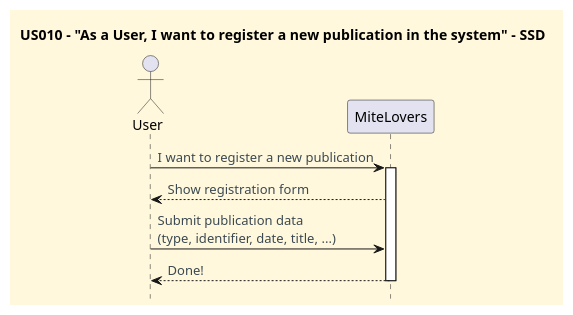
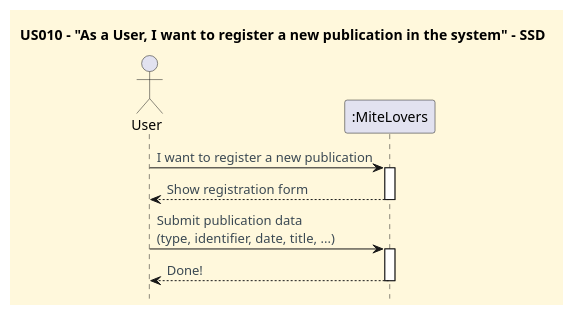
Before and after one commit to CarolinaLeite-collab/JavaMarketplacePlatform: the diagram in docs/userStories/US010/US010_register_new_publication_SSD.puml, drawn with PlantUML. The commit also changed 1 other file, not shown here.

```diff
--- a/docs/userStories/US010/US010_register_new_publication_SSD.puml
+++ b/docs/userStories/US010/US010_register_new_publication_SSD.puml
@@ -1,32 +1,34 @@
 @startuml
 title US010 - "As a User, I want to register a new publication in the system" - SSD
 
 '==== basic style ====
 skinparam monochrome false
 skinparam shadowing false
 skinparam defaultFontName Futura
 skinparam objectFontSize 20
 skinparam backgroundColor CornSilk
 skinparam objectBackgroundColor WhiteSmoke
 skinparam noteBackgroundColor #FFFFE0
 skinparam ArrowFontColor #3B4953
 skinparam ActivationBackgroundColor black
 hidefootbox
 
 ' --- Actor and participants ---
 actor User
-participant "MiteLovers" as System
+participant ":MiteLovers" as System
 
 ' --- System dialog ---
 User -> System: I want to register a new publication
 activate System
 System --> User: Show registration form
-
+deactivate System
 User -> System: Submit publication data\n(type, identifier, date, title, ...)
 'System -> System: Validate mandatory fields + format
 'System -> System: Check duplicates (ISBN/ISSN or title+date+authors)
 'System -> System: Register in the System
+activate System
 System --> User: Done!
+deactivate System
 
 deactivate System
 @enduml
```
